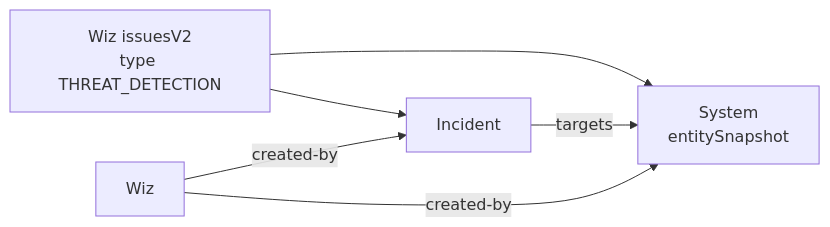
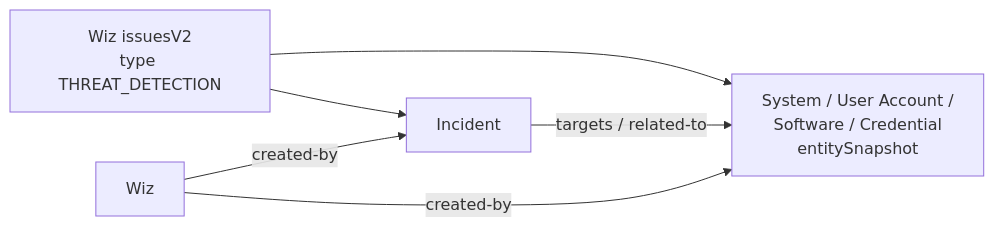
The diagram in external-import/wiz-cloud/README.md (OpenCTI-Platform/connectors), drawn with Mermaid before and after one commit. The commit also changed other lines of this file and 5 other files, not shown here.

````diff
--- a/external-import/wiz-cloud/README.md
+++ b/external-import/wiz-cloud/README.md
@@ -52,8 +52,8 @@
 ```mermaid
 graph LR
     A[Wiz issuesV2<br/>type THREAT_DETECTION] --> B[Incident]
-    A --> C[System<br/>entitySnapshot]
-    B -- targets --> C
+    A --> C[System / User Account /<br/>Software / Credential<br/>entitySnapshot]
+    B -- targets / related-to --> C
     W[Wiz] -- created-by --> B
     W -- created-by --> C
 ```
````
